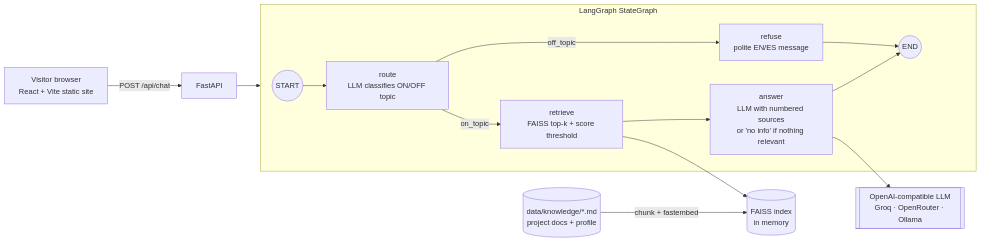
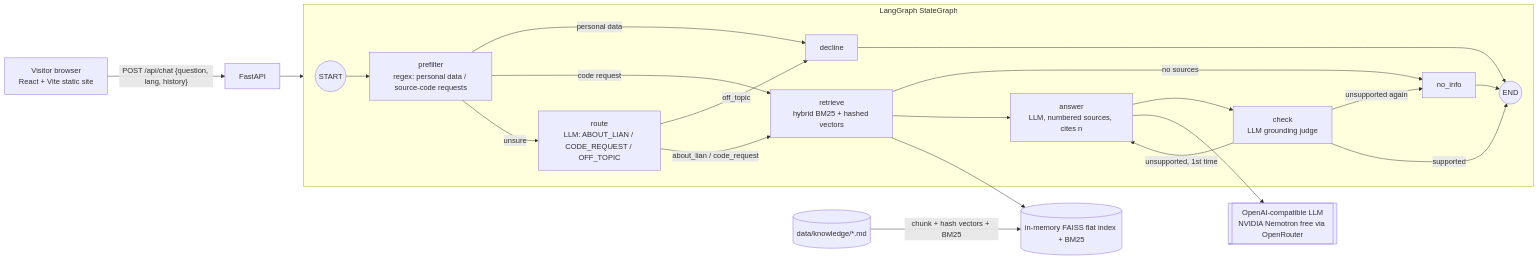
Before and after one commit to CatbearLang/portfolio: the diagram in README.md, drawn with Mermaid. The commit also changed other lines of this file and 13 other files, not shown here.

Commit message:
Assistant: LLM router + grounding check with retry + conversation memory; fix code/off-topic guard; clickable links, no bubble overflow; labeled fallback; honest architecture docs

````diff
--- a/README.md
+++ b/README.md
@@ -13,16 +13,24 @@
 ```mermaid
 flowchart LR
-    U[Visitor browser<br/>React + Vite static site] -- POST /api/chat --> API[FastAPI]
+    U[Visitor browser<br/>React + Vite static site] -- "POST /api/chat {question, lang, history}" --> API[FastAPI]
     API --> G
     subgraph G[LangGraph StateGraph]
-        S((START)) --> R[route<br/>LLM classifies ON/OFF topic]
-        R -- on_topic --> RET[retrieve<br/>FAISS top-k + score threshold]
-        R -- off_topic --> REF[refuse<br/>polite EN/ES message]
-        RET --> ANS[answer<br/>LLM with numbered sources<br/>or 'no info' if nothing relevant]
-        ANS --> E((END))
-        REF --> E
+        S((START)) --> P[prefilter<br/>regex: personal data / source-code requests]
+        P -- personal data --> D[decline]
+        P -- code request --> RET
+        P -- unsure --> R[route<br/>LLM: ABOUT_LIAN / CODE_REQUEST / OFF_TOPIC]
+        R -- off_topic --> D
+        R -- about_lian / code_request --> RET[retrieve<br/>hybrid BM25 + hashed vectors]
+        RET -- no sources --> NI[no_info]
+        RET --> ANS[answer<br/>LLM, numbered sources, cites n]
+        ANS --> CH[check<br/>LLM grounding judge]
+        CH -- unsupported, 1st time --> ANS
+        CH -- unsupported again --> NI
+        CH -- supported --> E((END))
+        D --> E
+        NI --> E
     end
-    KB[(data/knowledge/*.md<br/>project docs + profile)] -- chunk + fastembed --> IDX[(FAISS index<br/>in memory)]
+    KB[(data/knowledge/*.md)] -- chunk + hash vectors + BM25 --> IDX[(in-memory FAISS flat index + BM25)]
     RET --> IDX
-    ANS --> LLM[[OpenAI-compatible LLM<br/>Groq · OpenRouter · Ollama]]
+    ANS --> LLM[[OpenAI-compatible LLM<br/>NVIDIA Nemotron free via OpenRouter]]
 ```
````
